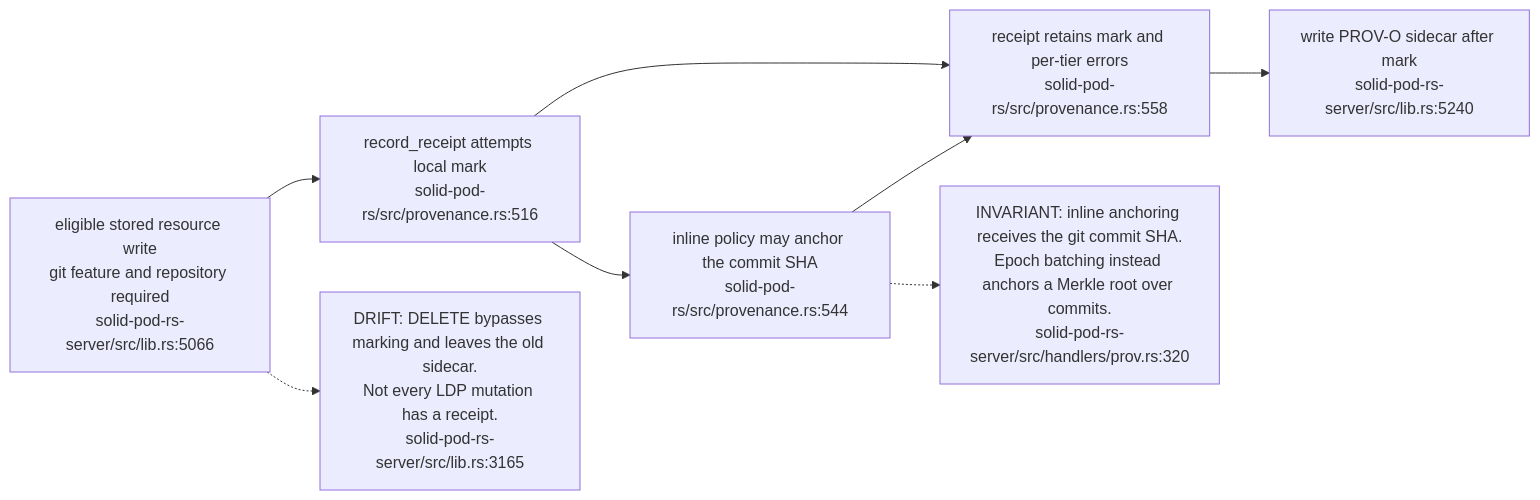
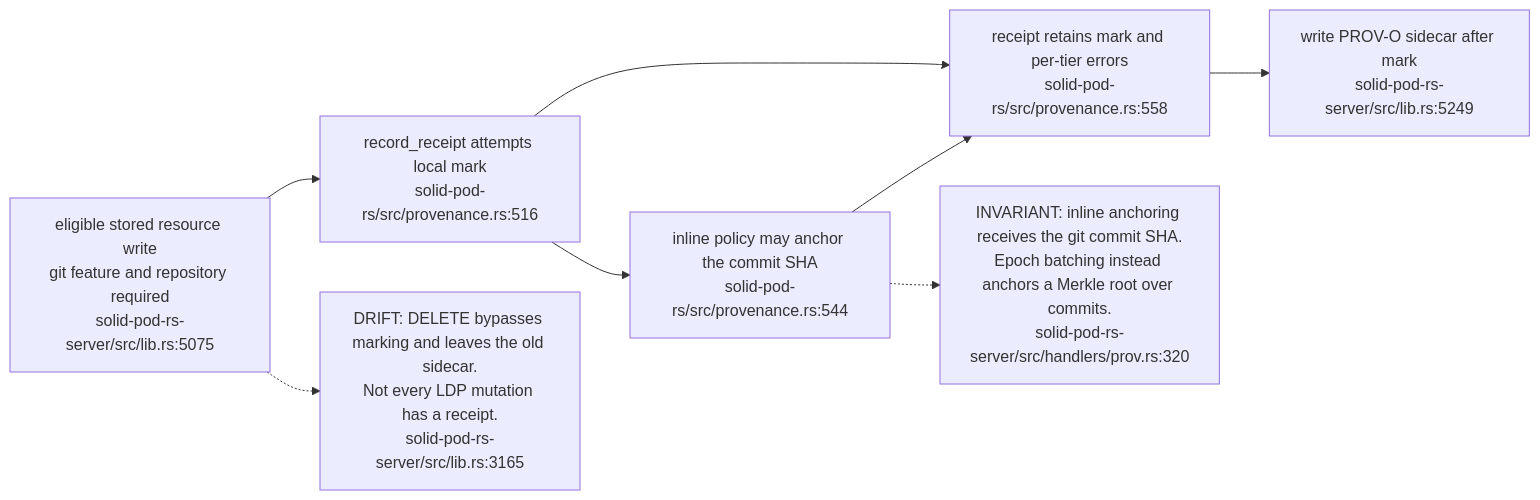
One commit to DreamLab-AI/VisionFlow changed the first of 21 diagrams in docs/diagrams/solid-pod-rs/07-provenance-and-payments.md. Above: the diagram before and after it, drawn with Mermaid. The commit also changed other lines of this file and 18 other files, not shown here.

First line of the commit message:
docs(diagrams): freeze panels for fixed defects and add successors at the fix revisions

````diff
--- a/docs/diagrams/solid-pod-rs/07-provenance-and-payments.md
+++ b/docs/diagrams/solid-pod-rs/07-provenance-and-payments.md
@@ -34,14 +34,14 @@
 ```mermaid
 flowchart LR
-    W["eligible stored resource write<br/>git feature and repository required<br/>solid-pod-rs-server/src/lib.rs:5066"]
+    W["eligible stored resource write<br/>git feature and repository required<br/>solid-pod-rs-server/src/lib.rs:5075"]
     GM["record_receipt attempts local mark<br/>solid-pod-rs/src/provenance.rs:516"]
     MK["receipt retains mark and per-tier errors<br/>solid-pod-rs/src/provenance.rs:558"]
     AN["inline policy may anchor the commit SHA<br/>solid-pod-rs/src/provenance.rs:544"]
-    SC["write PROV-O sidecar after mark<br/>solid-pod-rs-server/src/lib.rs:5240"]
+    SC["write PROV-O sidecar after mark<br/>solid-pod-rs-server/src/lib.rs:5249"]
     W --> GM --> MK --> SC
     GM --> AN --> MK
     N["INVARIANT: inline anchoring receives the git commit SHA.<br/>Epoch batching instead anchors a Merkle root over commits.<br/>solid-pod-rs-server/src/handlers/prov.rs:320"]
     AN -.-> N
     D["DRIFT: DELETE bypasses marking and leaves the old sidecar.<br/>Not every LDP mutation has a receipt.<br/>solid-pod-rs-server/src/lib.rs:3165"]
     W -.-> D
 ```
````
